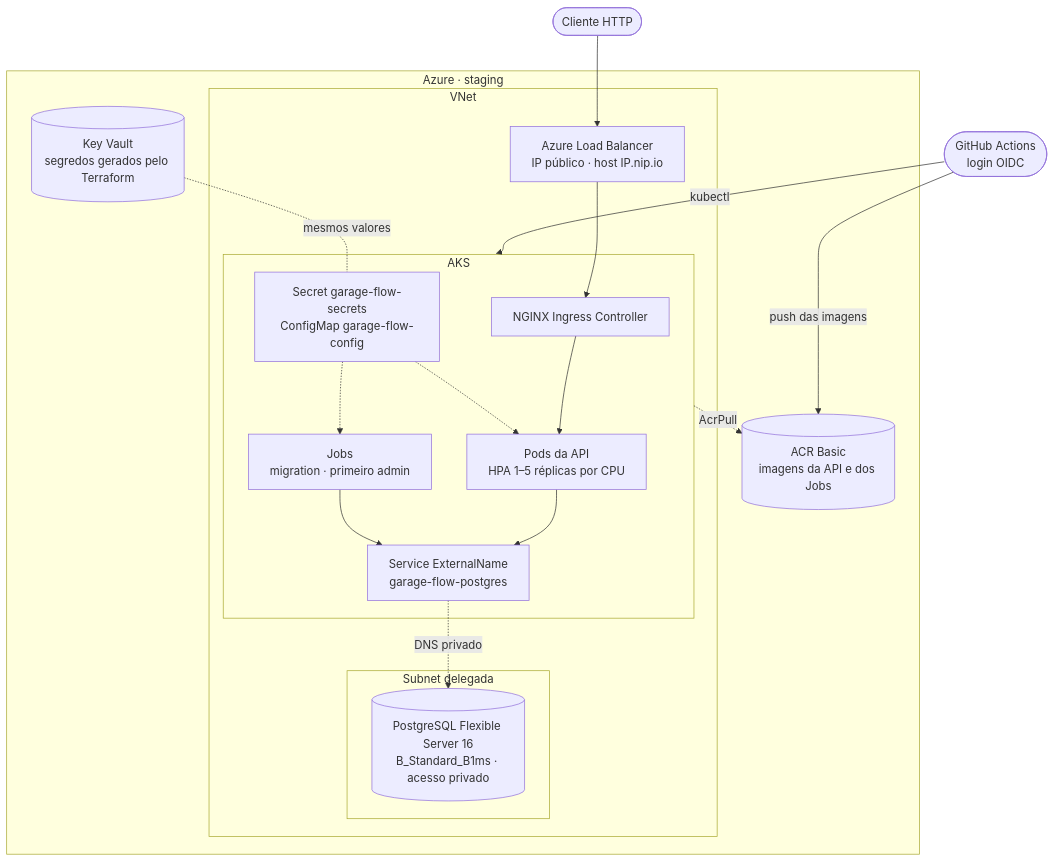
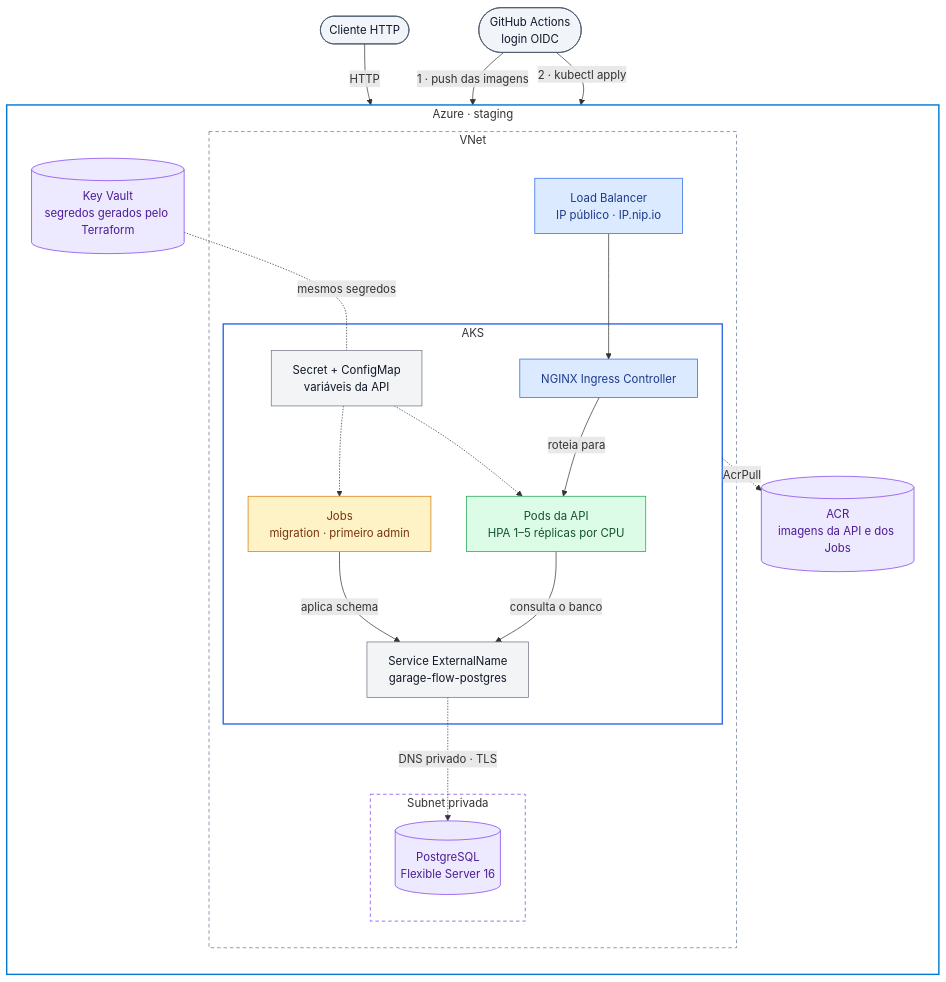
Before and after one commit to garage-flow-api/garage-flow-api: the second of 3 diagrams in README.md, drawn with Mermaid. The commit also changed other lines of this file, not shown here.

````diff
--- a/README.md
+++ b/README.md
@@ -109,35 +137,57 @@
 ```mermaid
 flowchart TB
     user(["Cliente HTTP"])
     gha(["GitHub Actions<br/>login OIDC"])
 
     subgraph azure["Azure · staging"]
-        acr[("ACR Basic<br/>imagens da API e dos Jobs")]
+        direction TB
+        acr[("ACR<br/>imagens da API e dos Jobs")]
         kv[("Key Vault<br/>segredos gerados pelo Terraform")]
 
         subgraph vnet["VNet"]
-            lb["Azure Load Balancer<br/>IP público · host IP.nip.io"]
+            lb["Load Balancer<br/>IP público · IP.nip.io"]
             subgraph aks["AKS"]
                 ingress["NGINX Ingress Controller"]
                 api["Pods da API<br/>HPA 1–5 réplicas por CPU"]
                 jobs["Jobs<br/>migration · primeiro admin"]
-                secrets["Secret garage-flow-secrets<br/>ConfigMap garage-flow-config"]
+                config["Secret + ConfigMap<br/>variáveis da API"]
                 alias["Service ExternalName<br/>garage-flow-postgres"]
             end
-            subgraph snetpg["Subnet delegada"]
-                pg[("PostgreSQL Flexible Server 16<br/>B_Standard_B1ms · acesso privado")]
+            subgraph snetpg["Subnet privada"]
+                pg[("PostgreSQL<br/>Flexible Server 16")]
             end
         end
     end
 
-    user --> lb --> ingress --> api
-    api --> alias
-    jobs --> alias
-    alias -. DNS privado .-> pg
-    secrets -.-> api
-    secrets -.-> jobs
-    aks -. AcrPull .-> acr
-    gha -- push das imagens --> acr
-    gha -- kubectl --> aks
-    kv -. mesmos valores .- secrets
+    user -- "HTTP" --> lb
+    lb --> ingress
+    ingress -- "roteia para" --> api
+    api -- "consulta o banco" --> alias
+    jobs -- "aplica schema" --> alias
+    alias -. "DNS privado · TLS" .-> pg
+    config -.-> api
+    config -.-> jobs
+    aks -. "AcrPull" .-> acr
+    gha -- "1 · push das imagens" --> acr
+    gha -- "2 · kubectl apply" --> aks
+    kv -. "mesmos segredos" .- config
+
+    classDef actor fill:#f1f5f9,stroke:#475569,color:#0f172a
+    classDef edge fill:#dbeafe,stroke:#2563eb,color:#1e3a8a
+    classDef app fill:#dcfce7,stroke:#16a34a,color:#14532d
+    classDef job fill:#fef3c7,stroke:#d97706,color:#78350f
+    classDef conf fill:#f3f4f6,stroke:#6b7280,color:#111827
+    classDef data fill:#ede9fe,stroke:#7c3aed,color:#4c1d95
+
+    class user,gha actor
+    class lb,ingress edge
+    class api app
+    class jobs job
+    class config,alias conf
+    class pg,acr,kv data
+
+    style azure fill:none,stroke:#0078d4,stroke-width:2px
+    style vnet fill:none,stroke:#64748b,stroke-dasharray:5 4
+    style aks fill:none,stroke:#326ce5,stroke-width:2px
+    style snetpg fill:none,stroke:#7c3aed,stroke-dasharray:5 4
 ```
````
